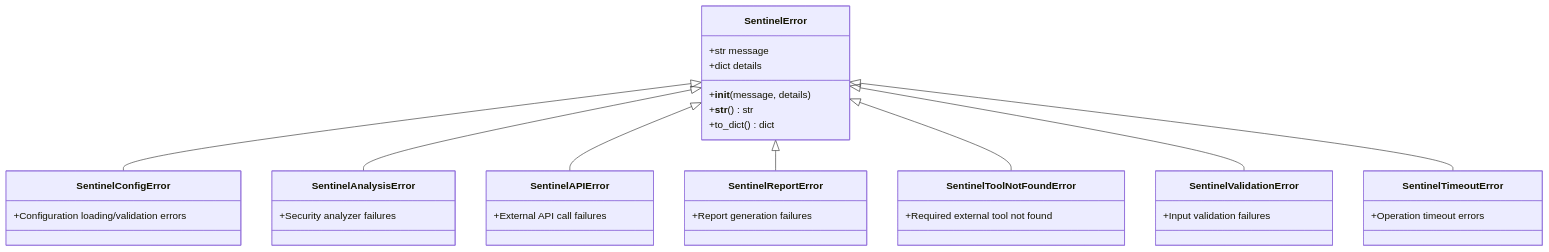
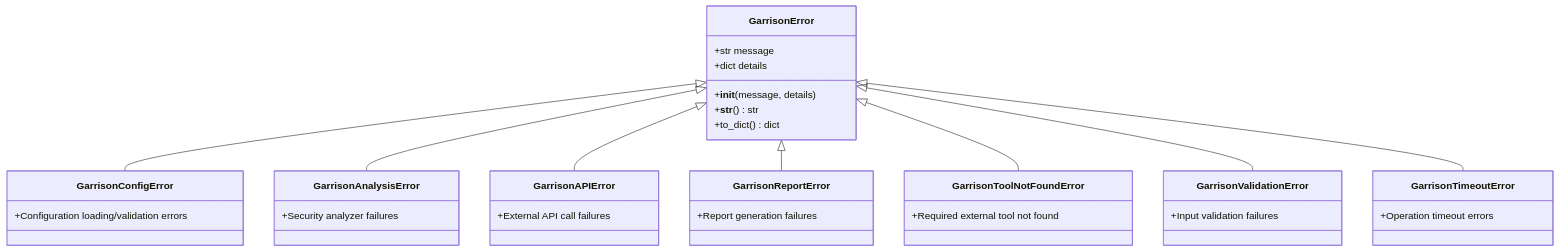
Before and after one commit to RunTimeAdmin/counterscarp: the fourth of 13 diagrams in ARCHITECTURE.md, drawn with Mermaid. The commit also changed other lines of this file and 91 other files, not shown here.

First line of the commit message:
v4.0.0: Full rebrand from Sentinel Engine to Garrison Engine

````diff
--- a/ARCHITECTURE.md
+++ b/ARCHITECTURE.md
@@ -389,46 +389,46 @@
 ```mermaid
 classDiagram
-    class SentinelError {
+    class GarrisonError {
         +str message
         +dict details
         +__init__(message, details)
         +__str__() str
         +to_dict() dict
     }
 
-    class SentinelConfigError {
+    class GarrisonConfigError {
         +Configuration loading/validation errors
     }
 
-    class SentinelAnalysisError {
+    class GarrisonAnalysisError {
         +Security analyzer failures
     }
 
-    class SentinelAPIError {
+    class GarrisonAPIError {
         +External API call failures
     }
 
-    class SentinelReportError {
+    class GarrisonReportError {
         +Report generation failures
     }
 
-    class SentinelToolNotFoundError {
+    class GarrisonToolNotFoundError {
         +Required external tool not found
     }
 
-    class SentinelValidationError {
+    class GarrisonValidationError {
         +Input validation failures
     }
 
-    class SentinelTimeoutError {
+    class GarrisonTimeoutError {
         +Operation timeout errors
     }
 
-    SentinelError <|-- SentinelConfigError
-    SentinelError <|-- SentinelAnalysisError
-    SentinelError <|-- SentinelAPIError
-    SentinelError <|-- SentinelReportError
-    SentinelError <|-- SentinelToolNotFoundError
-    SentinelError <|-- SentinelValidationError
-    SentinelError <|-- SentinelTimeoutError
+    GarrisonError <|-- GarrisonConfigError
+    GarrisonError <|-- GarrisonAnalysisError
+    GarrisonError <|-- GarrisonAPIError
+    GarrisonError <|-- GarrisonReportError
+    GarrisonError <|-- GarrisonToolNotFoundError
+    GarrisonError <|-- GarrisonValidationError
+    GarrisonError <|-- GarrisonTimeoutError
 ```
````
